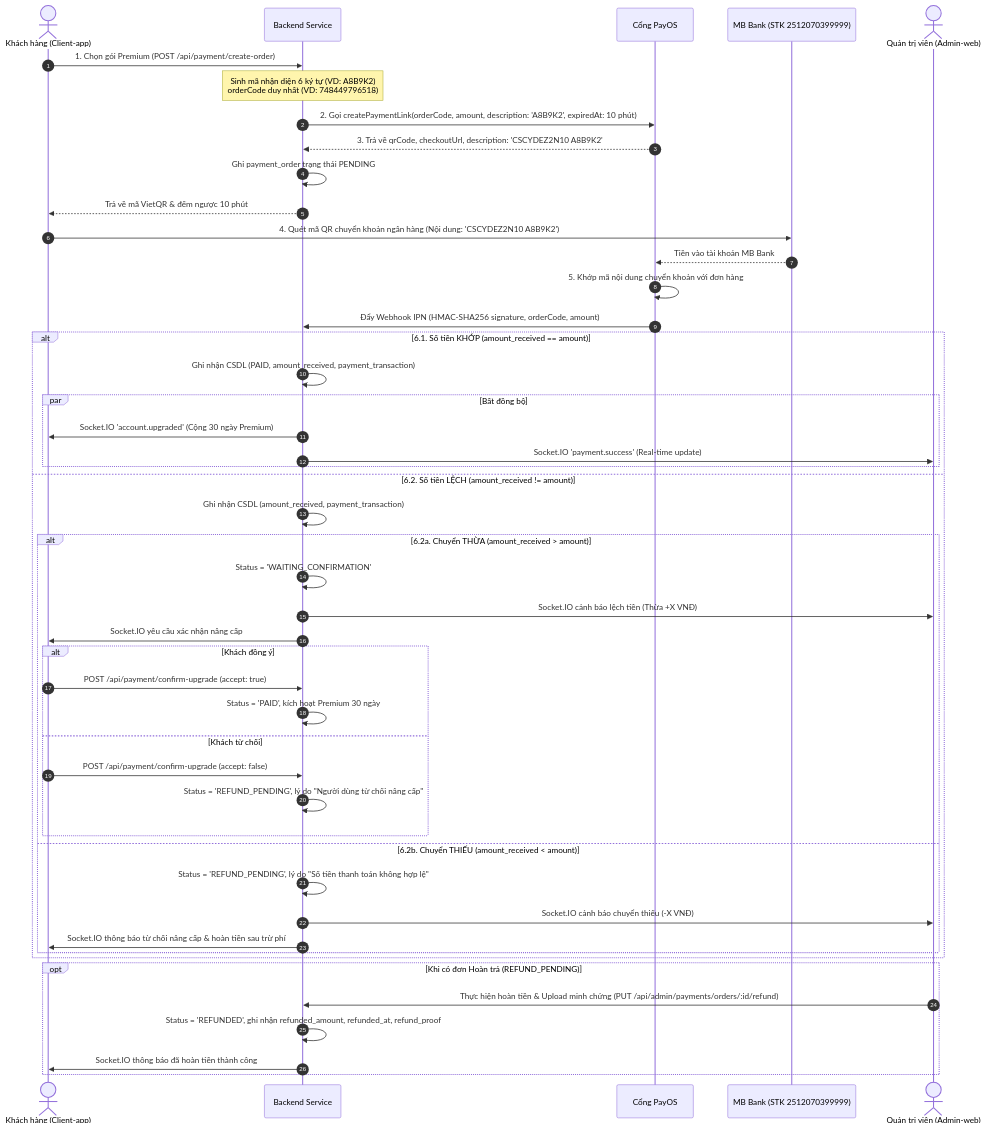
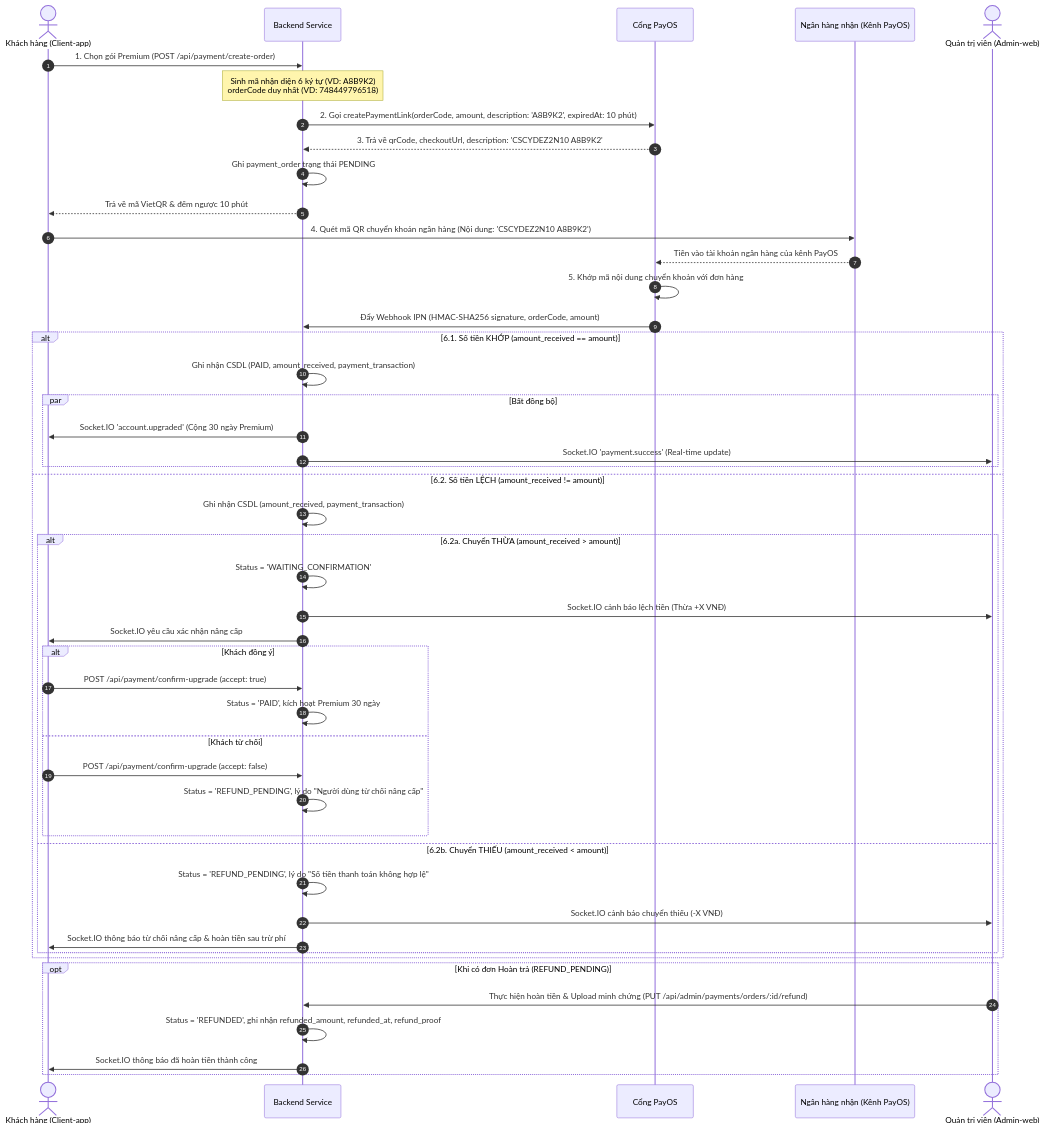
The first of 2 diagrams in docs/Payment/PAYMENT_WORKFLOW_SPEC.md (NguyenPhuBao/ManagementFinance), drawn with Mermaid before and after one commit. The commit also changed 19 other files, not shown here.

````diff
--- a/docs/Payment/PAYMENT_WORKFLOW_SPEC.md
+++ b/docs/Payment/PAYMENT_WORKFLOW_SPEC.md
@@ -23,53 +23,53 @@
 ```mermaid
 sequenceDiagram
     autonumber
     actor User as Khách hàng (Client-app)
     participant Backend as Backend Service
     participant PayOS as Cổng PayOS
-    participant MB as MB Bank (STK 2512070399999)
+    participant Bank as Ngân hàng nhận (Kênh PayOS)
     actor Admin as Quản trị viên (Admin-web)
 
     User->>Backend: 1. Chọn gói Premium (POST /api/payment/create-order)
     Note over Backend: Sinh mã nhận diện 6 ký tự (VD: A8B9K2)<br/>orderCode duy nhất (VD: 748449796518)
     Backend->>PayOS: 2. Gọi createPaymentLink(orderCode, amount, description: 'A8B9K2', expiredAt: 10 phút)
     PayOS-->>Backend: 3. Trả về qrCode, checkoutUrl, description: 'CSCYDEZ2N10 A8B9K2'
     Backend->>Backend: Ghi payment_order trạng thái PENDING
     Backend-->>User: Trả về mã VietQR & đếm ngược 10 phút
 
-    User->>MB: 4. Quét mã QR chuyển khoản ngân hàng (Nội dung: 'CSCYDEZ2N10 A8B9K2')
-    MB-->>PayOS: Tiền vào tài khoản MB Bank
+    User->>Bank: 4. Quét mã QR chuyển khoản ngân hàng (Nội dung: 'CSCYDEZ2N10 A8B9K2')
+    Bank-->>PayOS: Tiền vào tài khoản ngân hàng của kênh PayOS
     PayOS->>PayOS: 5. Khớp mã nội dung chuyển khoản với đơn hàng
     PayOS->>Backend: Đẩy Webhook IPN (HMAC-SHA256 signature, orderCode, amount)
 
     alt 6.1. Số tiền KHỚP (amount_received == amount)
         Backend->>Backend: Ghi nhận CSDL (PAID, amount_received, payment_transaction)
         par Bất đồng bộ
             Backend->>User: Socket.IO 'account.upgraded' (Cộng 30 ngày Premium)
             Backend->>Admin: Socket.IO 'payment.success' (Real-time update)
         end
     else 6.2. Số tiền LỆCH (amount_received != amount)
         Backend->>Backend: Ghi nhận CSDL (amount_received, payment_transaction)
         alt 6.2a. Chuyển THỪA (amount_received > amount)
             Backend->>Backend: Status = 'WAITING_CONFIRMATION'
             Backend->>Admin: Socket.IO cảnh báo lệch tiền (Thừa +X VNĐ)
             Backend->>User: Socket.IO yêu cầu xác nhận nâng cấp
             alt Khách đồng ý
                 User->>Backend: POST /api/payment/confirm-upgrade (accept: true)
                 Backend->>Backend: Status = 'PAID', kích hoạt Premium 30 ngày
             else Khách từ chối
                 User->>Backend: POST /api/payment/confirm-upgrade (accept: false)
                 Backend->>Backend: Status = 'REFUND_PENDING', lý do "Người dùng từ chối nâng cấp"
             end
         else 6.2b. Chuyển THIẾU (amount_received < amount)
             Backend->>Backend: Status = 'REFUND_PENDING', lý do "Số tiền thanh toán không hợp lệ"
             Backend->>Admin: Socket.IO cảnh báo chuyển thiếu (-X VNĐ)
             Backend->>User: Socket.IO thông báo từ chối nâng cấp & hoàn tiền sau trừ phí
         end
     end
 
     opt Khi có đơn Hoàn trả (REFUND_PENDING)
         Admin->>Backend: Thực hiện hoàn tiền & Upload minh chứng (PUT /api/admin/payments/orders/:id/refund)
         Backend->>Backend: Status = 'REFUNDED', ghi nhận refunded_amount, refunded_at, refund_proof
         Backend->>User: Socket.IO thông báo đã hoàn tiền thành công
     end
 ```
````
